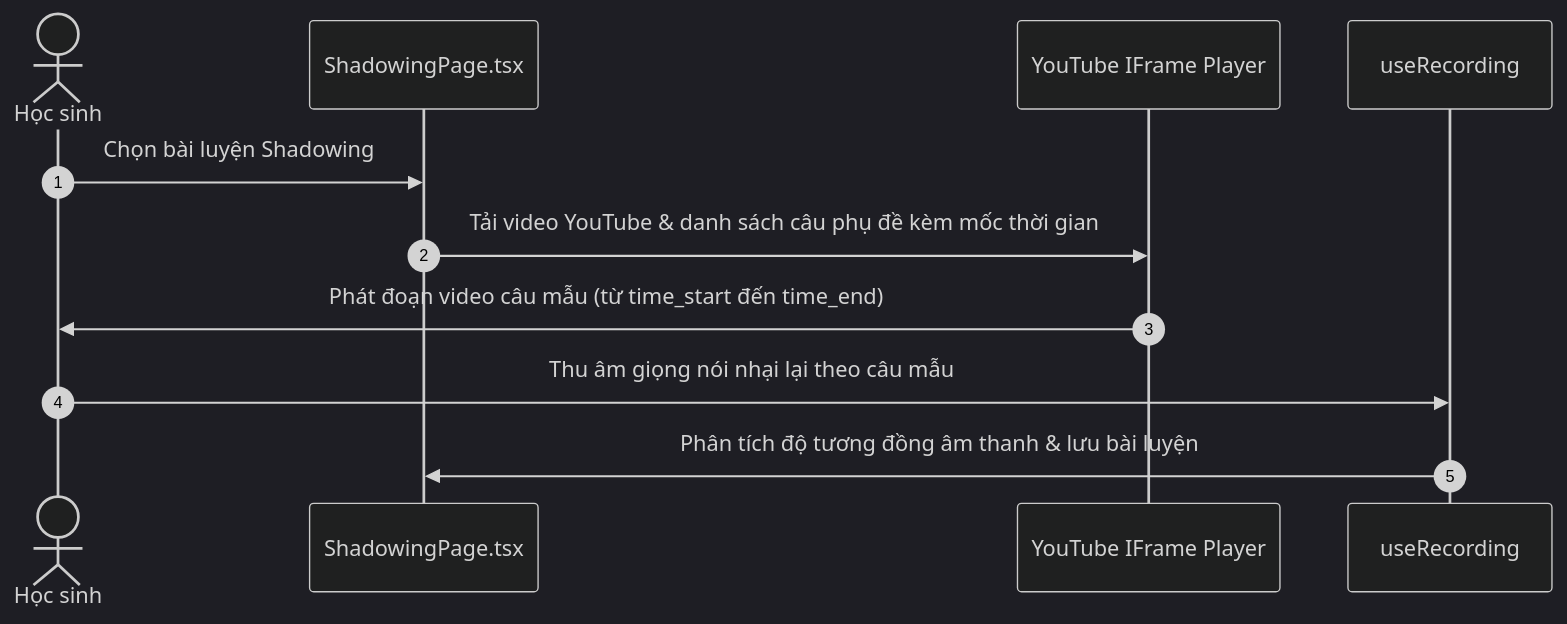
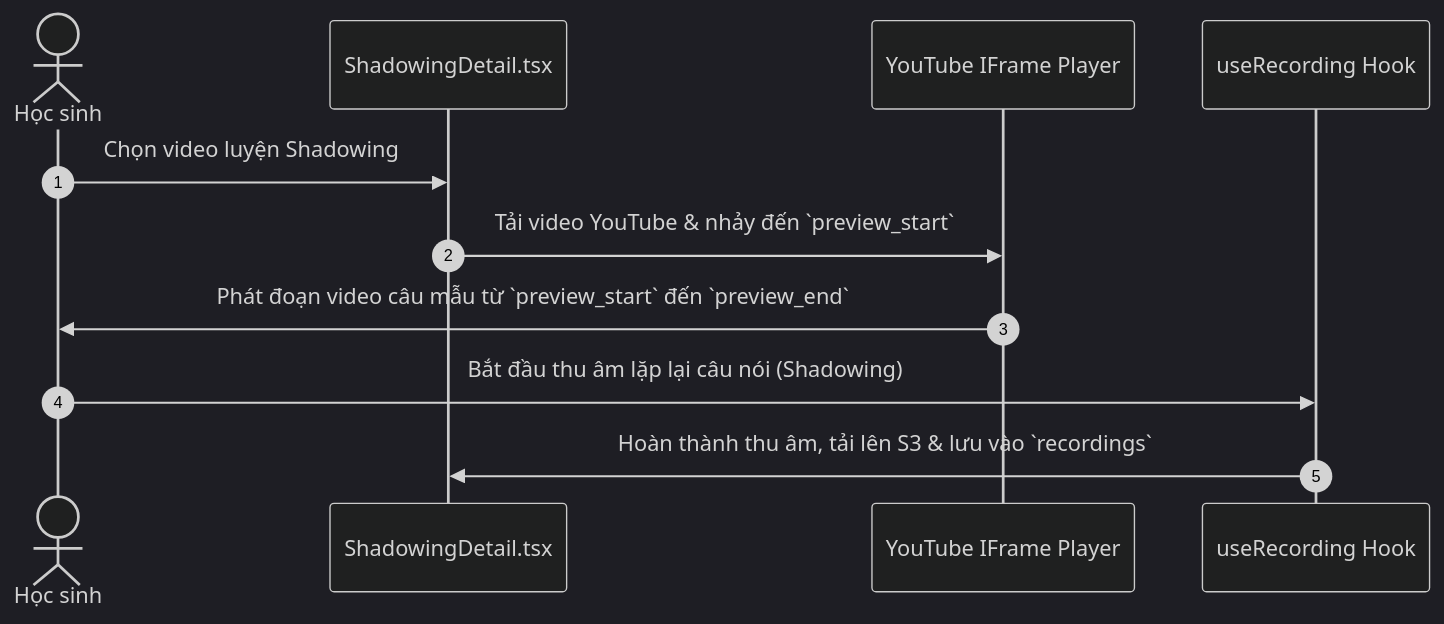
One commit to thanh-lv/english-record changed the sixth of 8 diagrams in docs/ENVIRONMENT_AND_DATA_FLOW.md. Above: the diagram before and after it, drawn with Mermaid (dark theme). The commit also changed other lines of this file and 16 other files, not shown here.

````diff
--- a/docs/ENVIRONMENT_AND_DATA_FLOW.md
+++ b/docs/ENVIRONMENT_AND_DATA_FLOW.md
@@ -182,14 +219,14 @@
 ```mermaid
 sequenceDiagram
     autonumber
     actor Student as Học sinh
-    participant Page as ShadowingPage.tsx
+    participant Page as ShadowingDetail.tsx
     participant Player as YouTube IFrame Player
-    participant Rec as useRecording
+    participant Rec as useRecording Hook
 
-    Student->>Page: Chọn bài luyện Shadowing
-    Page->>Player: Tải video YouTube & danh sách câu phụ đề kèm mốc thời gian
-    Player->>Student: Phát đoạn video câu mẫu (từ time_start đến time_end)
-    Student->>Rec: Thu âm giọng nói nhại lại theo câu mẫu
-    Rec->>Page: Phân tích độ tương đồng âm thanh & lưu bài luyện
+    Student->>Page: Chọn video luyện Shadowing
+    Page->>Player: Tải video YouTube & nhảy đến `preview_start`
+    Player->>Student: Phát đoạn video câu mẫu từ `preview_start` đến `preview_end`
+    Student->>Rec: Bắt đầu thu âm lặp lại câu nói (Shadowing)
+    Rec->>Page: Hoàn thành thu âm, tải lên S3 & lưu vào `recordings`
 ```
````
